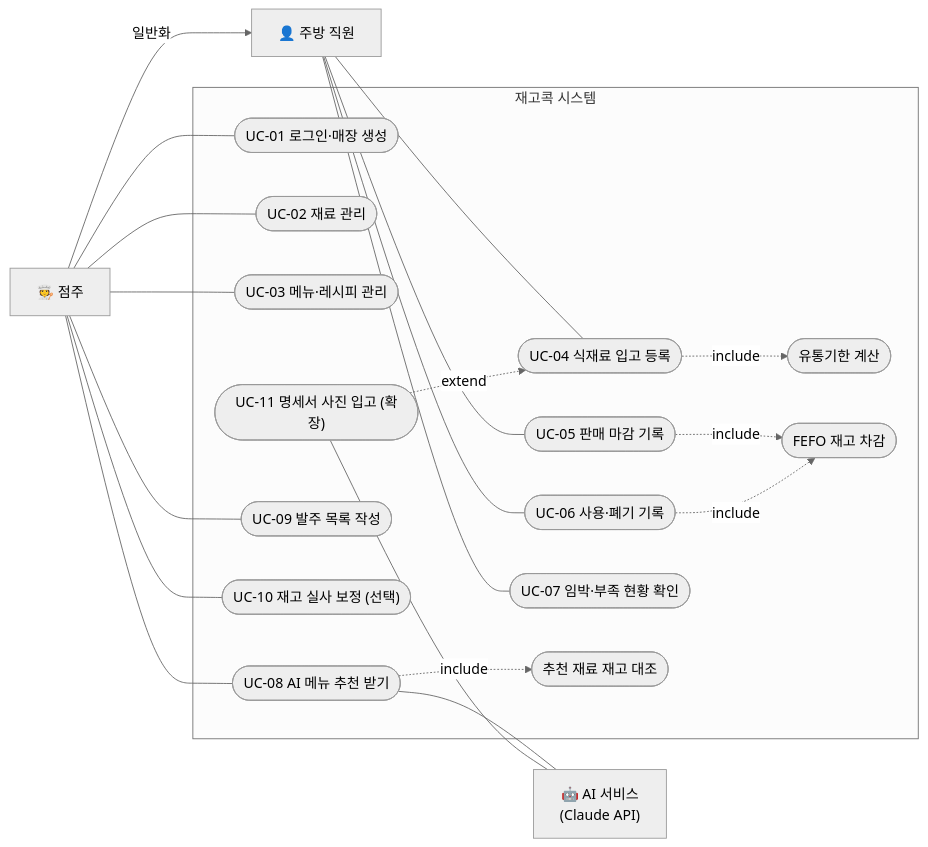
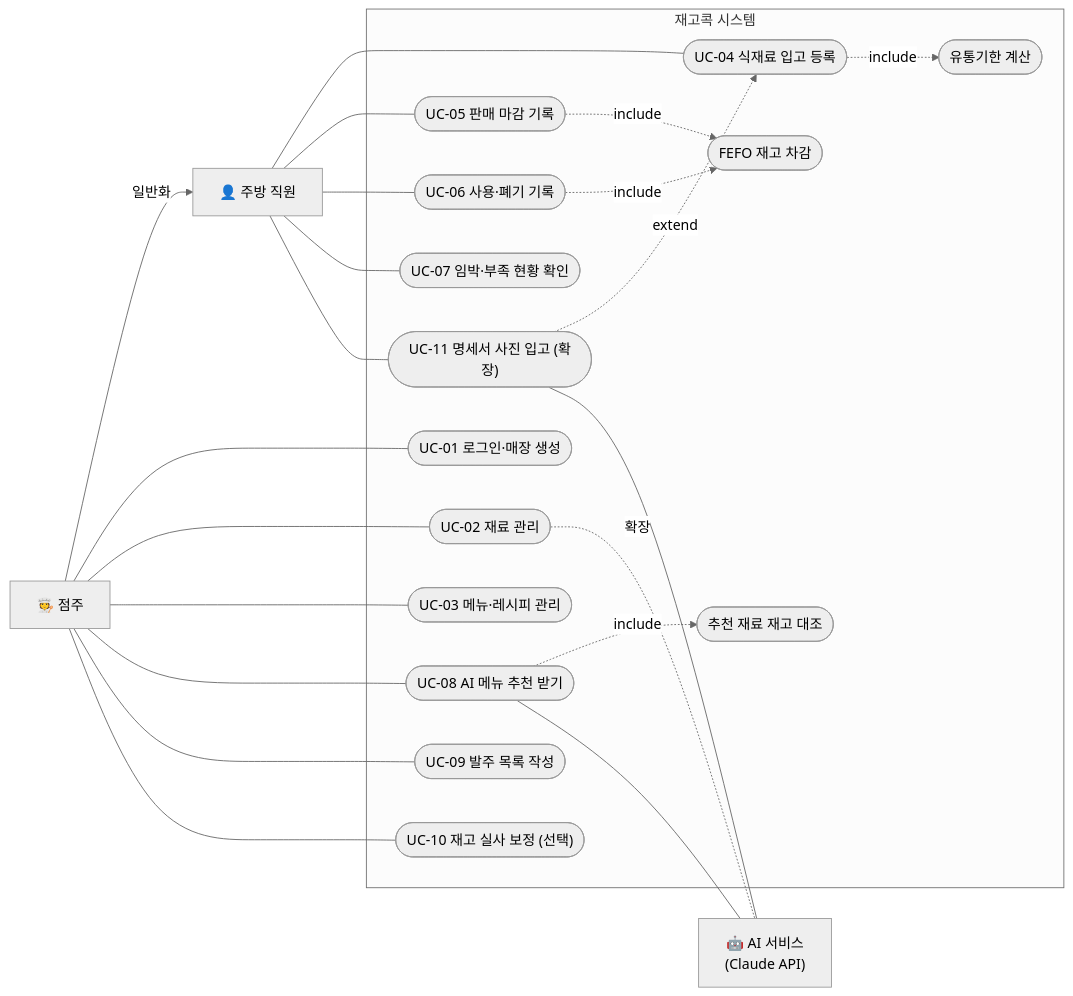
One commit to semicolon213/infood changed the diagram in docs/03_SRS.md. Above: the diagram before and after it, drawn with Mermaid (neutral theme). The commit also changed other lines of this file and 7 other files, not shown here.

````diff
--- a/docs/03_SRS.md
+++ b/docs/03_SRS.md
@@ -172,44 +179,46 @@
 ```mermaid
 flowchart LR
     owner["🧑‍🍳 점주"]
     staff["👤 주방 직원"]
     ai["🤖 AI 서비스<br/>(Claude API)"]
 
     owner -- 일반화 --> staff
 
     subgraph SYS["재고콕 시스템"]
         UC01(["UC-01 로그인·매장 생성"])
         UC02(["UC-02 재료 관리"])
         UC03(["UC-03 메뉴·레시피 관리"])
         UC04(["UC-04 식재료 입고 등록"])
         UC05(["UC-05 판매 마감 기록"])
         UC06(["UC-06 사용·폐기 기록"])
         UC07(["UC-07 임박·부족 현황 확인"])
         UC08(["UC-08 AI 메뉴 추천 받기"])
         UC09(["UC-09 발주 목록 작성"])
         UC10(["UC-10 재고 실사 보정 (선택)"])
         UC11(["UC-11 명세서 사진 입고 (확장)"])
         INC1(["유통기한 계산"])
         INC2(["FEFO 재고 차감"])
         INC3(["추천 재료 재고 대조"])
     end
 
     staff --- UC04
     staff --- UC05
     staff --- UC06
     staff --- UC07
     owner --- UC01
     owner --- UC02
     owner --- UC03
     owner --- UC08
     owner --- UC09
     owner --- UC10
 
     UC04 -. include .-> INC1
     UC05 -. include .-> INC2
     UC06 -. include .-> INC2
     UC08 -. include .-> INC3
     UC11 -. extend .-> UC04
+    staff --- UC11
     UC08 --- ai
     UC11 --- ai
+    UC02 -. 확장 .- ai
 ```
````
